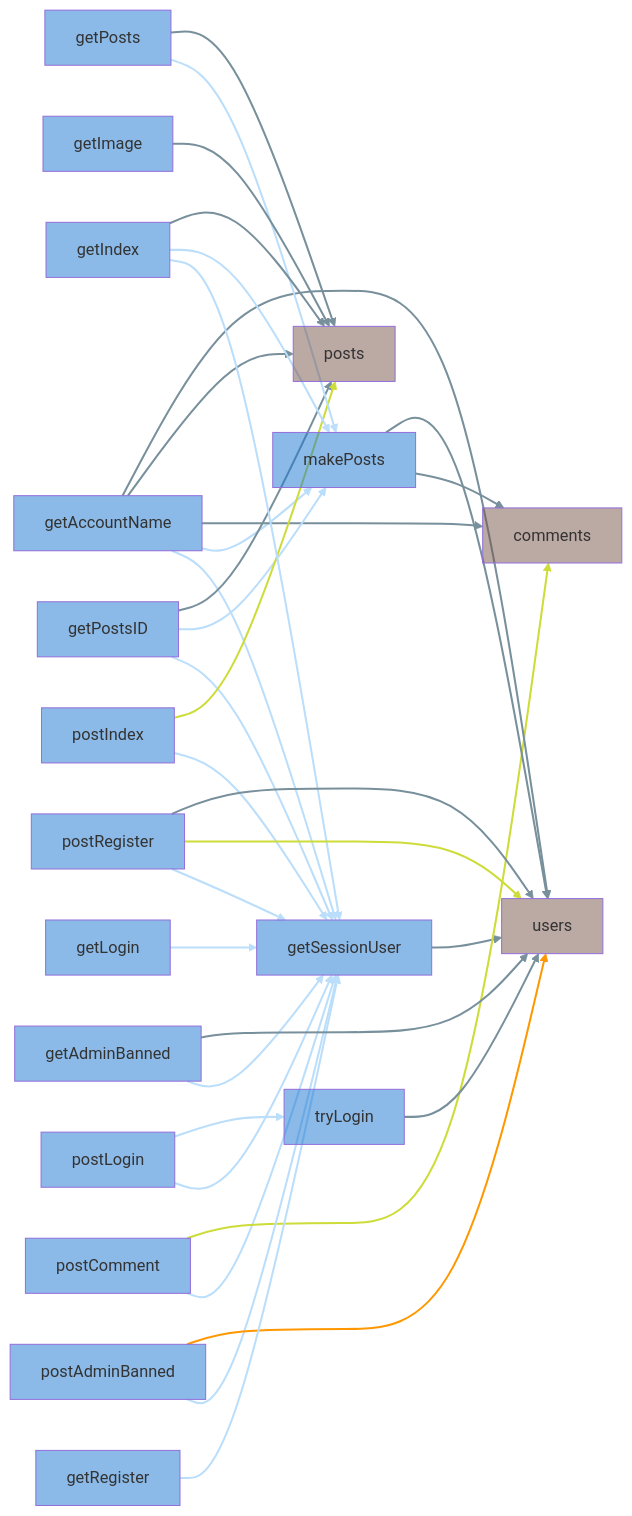
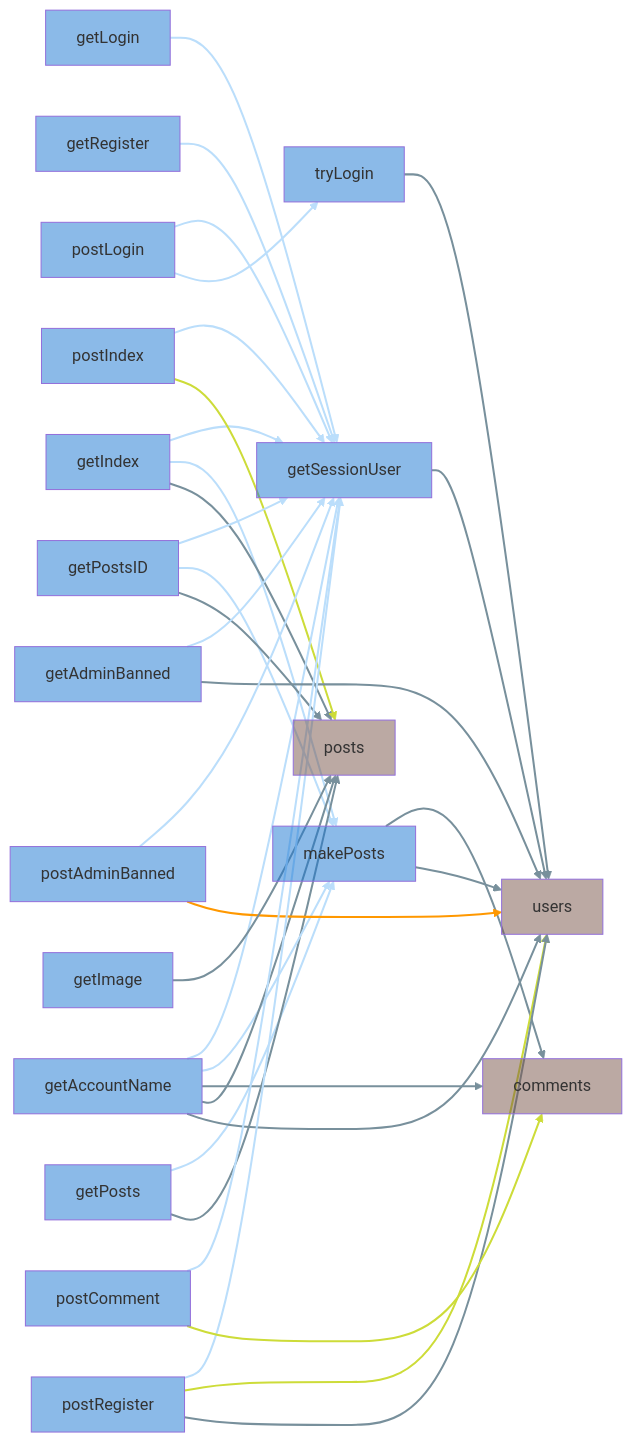
Before and after one commit to mazrean/isucrud: the diagram in docs/sample/private-isu.md, drawn with Mermaid. The commit also changed other lines of this file and 2 other files, not shown here.

Commit message:
ノードのいろ説明表記修正

````diff
--- a/docs/sample/private-isu.md
+++ b/docs/sample/private-isu.md
@@ -5,42 +5,42 @@
 ```mermaid
 graph LR
   classDef table fill:#795548,fill-opacity:0.5
   classDef func fill:#1976D2,fill-opacity:0.5
+  func:github.com/catatsuy/private-isu/webapp/golang.getIndex[getIndex]:::func --> func:github.com/catatsuy/private-isu/webapp/golang.getSessionUser[getSessionUser]:::func
+  func:github.com/catatsuy/private-isu/webapp/golang.getIndex[getIndex]:::func --> func:github.com/catatsuy/private-isu/webapp/golang.makePosts[makePosts]:::func
+  func:github.com/catatsuy/private-isu/webapp/golang.getIndex[getIndex]:::func --> table:posts[posts]:::table
+  func:github.com/catatsuy/private-isu/webapp/golang.makePosts[makePosts]:::func --> table:comments[comments]:::table
+  func:github.com/catatsuy/private-isu/webapp/golang.makePosts[makePosts]:::func --> table:users[users]:::table
+  func:github.com/catatsuy/private-isu/webapp/golang.postIndex[postIndex]:::func --> func:github.com/catatsuy/private-isu/webapp/golang.getSessionUser[getSessionUser]:::func
+  func:github.com/catatsuy/private-isu/webapp/golang.postIndex[postIndex]:::func --> table:posts[posts]:::table
+  func:github.com/catatsuy/private-isu/webapp/golang.getLogin[getLogin]:::func --> func:github.com/catatsuy/private-isu/webapp/golang.getSessionUser[getSessionUser]:::func
+  func:github.com/catatsuy/private-isu/webapp/golang.getRegister[getRegister]:::func --> func:github.com/catatsuy/private-isu/webapp/golang.getSessionUser[getSessionUser]:::func
+  func:github.com/catatsuy/private-isu/webapp/golang.getPostsID[getPostsID]:::func --> func:github.com/catatsuy/private-isu/webapp/golang.getSessionUser[getSessionUser]:::func
+  func:github.com/catatsuy/private-isu/webapp/golang.getPostsID[getPostsID]:::func --> func:github.com/catatsuy/private-isu/webapp/golang.makePosts[makePosts]:::func
+  func:github.com/catatsuy/private-isu/webapp/golang.getPostsID[getPostsID]:::func --> table:posts[posts]:::table
+  func:github.com/catatsuy/private-isu/webapp/golang.tryLogin[tryLogin]:::func --> table:users[users]:::table
   func:github.com/catatsuy/private-isu/webapp/golang.getSessionUser[getSessionUser]:::func --> table:users[users]:::table
-  func:github.com/catatsuy/private-isu/webapp/golang.postComment[postComment]:::func --> func:github.com/catatsuy/private-isu/webapp/golang.getSessionUser[getSessionUser]:::func
-  func:github.com/catatsuy/private-isu/webapp/golang.postComment[postComment]:::func --> table:comments[comments]:::table
+  func:github.com/catatsuy/private-isu/webapp/golang.getPosts[getPosts]:::func --> func:github.com/catatsuy/private-isu/webapp/golang.makePosts[makePosts]:::func
+  func:github.com/catatsuy/private-isu/webapp/golang.getPosts[getPosts]:::func --> table:posts[posts]:::table
   func:github.com/catatsuy/private-isu/webapp/golang.getAccountName[getAccountName]:::func --> func:github.com/catatsuy/private-isu/webapp/golang.getSessionUser[getSessionUser]:::func
   func:github.com/catatsuy/private-isu/webapp/golang.getAccountName[getAccountName]:::func --> func:github.com/catatsuy/private-isu/webapp/golang.makePosts[makePosts]:::func
   func:github.com/catatsuy/private-isu/webapp/golang.getAccountName[getAccountName]:::func --> table:comments[comments]:::table
   func:github.com/catatsuy/private-isu/webapp/golang.getAccountName[getAccountName]:::func --> table:posts[posts]:::table
   func:github.com/catatsuy/private-isu/webapp/golang.getAccountName[getAccountName]:::func --> table:users[users]:::table
-  func:github.com/catatsuy/private-isu/webapp/golang.getPostsID[getPostsID]:::func --> func:github.com/catatsuy/private-isu/webapp/golang.getSessionUser[getSessionUser]:::func
-  func:github.com/catatsuy/private-isu/webapp/golang.getPostsID[getPostsID]:::func --> func:github.com/catatsuy/private-isu/webapp/golang.makePosts[makePosts]:::func
-  func:github.com/catatsuy/private-isu/webapp/golang.getPostsID[getPostsID]:::func --> table:posts[posts]:::table
+  func:github.com/catatsuy/private-isu/webapp/golang.getAdminBanned[getAdminBanned]:::func --> func:github.com/catatsuy/private-isu/webapp/golang.getSessionUser[getSessionUser]:::func
+  func:github.com/catatsuy/private-isu/webapp/golang.getAdminBanned[getAdminBanned]:::func --> table:users[users]:::table
   func:github.com/catatsuy/private-isu/webapp/golang.postAdminBanned[postAdminBanned]:::func --> func:github.com/catatsuy/private-isu/webapp/golang.getSessionUser[getSessionUser]:::func
   func:github.com/catatsuy/private-isu/webapp/golang.postAdminBanned[postAdminBanned]:::func --> table:users[users]:::table
-  func:github.com/catatsuy/private-isu/webapp/golang.postLogin[postLogin]:::func --> func:github.com/catatsuy/private-isu/webapp/golang.getSessionUser[getSessionUser]:::func
-  func:github.com/catatsuy/private-isu/webapp/golang.postLogin[postLogin]:::func --> func:github.com/catatsuy/private-isu/webapp/golang.tryLogin[tryLogin]:::func
-  func:github.com/catatsuy/private-isu/webapp/golang.getRegister[getRegister]:::func --> func:github.com/catatsuy/private-isu/webapp/golang.getSessionUser[getSessionUser]:::func
-  func:github.com/catatsuy/private-isu/webapp/golang.postIndex[postIndex]:::func --> func:github.com/catatsuy/private-isu/webapp/golang.getSessionUser[getSessionUser]:::func
-  func:github.com/catatsuy/private-isu/webapp/golang.postIndex[postIndex]:::func --> table:posts[posts]:::table
-  func:github.com/catatsuy/private-isu/webapp/golang.getPosts[getPosts]:::func --> func:github.com/catatsuy/private-isu/webapp/golang.makePosts[makePosts]:::func
-  func:github.com/catatsuy/private-isu/webapp/golang.getPosts[getPosts]:::func --> table:posts[posts]:::table
-  func:github.com/catatsuy/private-isu/webapp/golang.getAdminBanned[getAdminBanned]:::func --> func:github.com/catatsuy/private-isu/webapp/golang.getSessionUser[getSessionUser]:::func
-  func:github.com/catatsuy/private-isu/webapp/golang.getAdminBanned[getAdminBanned]:::func --> table:users[users]:::table
-  func:github.com/catatsuy/private-isu/webapp/golang.getIndex[getIndex]:::func --> func:github.com/catatsuy/private-isu/webapp/golang.getSessionUser[getSessionUser]:::func
-  func:github.com/catatsuy/private-isu/webapp/golang.getIndex[getIndex]:::func --> func:github.com/catatsuy/private-isu/webapp/golang.makePosts[makePosts]:::func
-  func:github.com/catatsuy/private-isu/webapp/golang.getIndex[getIndex]:::func --> table:posts[posts]:::table
+  func:github.com/catatsuy/private-isu/webapp/golang.getImage[getImage]:::func --> table:posts[posts]:::table
   func:github.com/catatsuy/private-isu/webapp/golang.postRegister[postRegister]:::func --> func:github.com/catatsuy/private-isu/webapp/golang.getSessionUser[getSessionUser]:::func
   func:github.com/catatsuy/private-isu/webapp/golang.postRegister[postRegister]:::func --> table:users[users]:::table
   func:github.com/catatsuy/private-isu/webapp/golang.postRegister[postRegister]:::func --> table:users[users]:::table
-  func:github.com/catatsuy/private-isu/webapp/golang.getImage[getImage]:::func --> table:posts[posts]:::table
-  func:github.com/catatsuy/private-isu/webapp/golang.tryLogin[tryLogin]:::func --> table:users[users]:::table
-  func:github.com/catatsuy/private-isu/webapp/golang.getLogin[getLogin]:::func --> func:github.com/catatsuy/private-isu/webapp/golang.getSessionUser[getSessionUser]:::func
-  func:github.com/catatsuy/private-isu/webapp/golang.makePosts[makePosts]:::func --> table:comments[comments]:::table
-  func:github.com/catatsuy/private-isu/webapp/golang.makePosts[makePosts]:::func --> table:users[users]:::table
-  linkStyle 2,17,26 stroke:#CDDC39,stroke-width:2px
-  linkStyle 12 stroke:#FF9800,stroke-width:2px
-  linkStyle 0,5,6,7,10,19,21,24,27,28,29,31,32 stroke:#78909C,stroke-width:2px
-  linkStyle 1,3,4,8,9,11,13,14,15,16,18,20,22,23,25,30 stroke:#BBDEFB,stroke-width:2px
+  func:github.com/catatsuy/private-isu/webapp/golang.postLogin[postLogin]:::func --> func:github.com/catatsuy/private-isu/webapp/golang.getSessionUser[getSessionUser]:::func
+  func:github.com/catatsuy/private-isu/webapp/golang.postLogin[postLogin]:::func --> func:github.com/catatsuy/private-isu/webapp/golang.tryLogin[tryLogin]:::func
+  func:github.com/catatsuy/private-isu/webapp/golang.postComment[postComment]:::func --> func:github.com/catatsuy/private-isu/webapp/golang.getSessionUser[getSessionUser]:::func
+  func:github.com/catatsuy/private-isu/webapp/golang.postComment[postComment]:::func --> table:comments[comments]:::table
+  linkStyle 0,1,5,7,8,9,10,14,16,17,21,23,26,29,30,31 stroke:#BBDEFB,stroke-width:2px
+  linkStyle 2,3,4,11,12,13,15,18,19,20,22,25,28 stroke:#78909C,stroke-width:2px
+  linkStyle 6,27,32 stroke:#CDDC39,stroke-width:2px
+  linkStyle 24 stroke:#FF9800,stroke-width:2px
 ```
````
